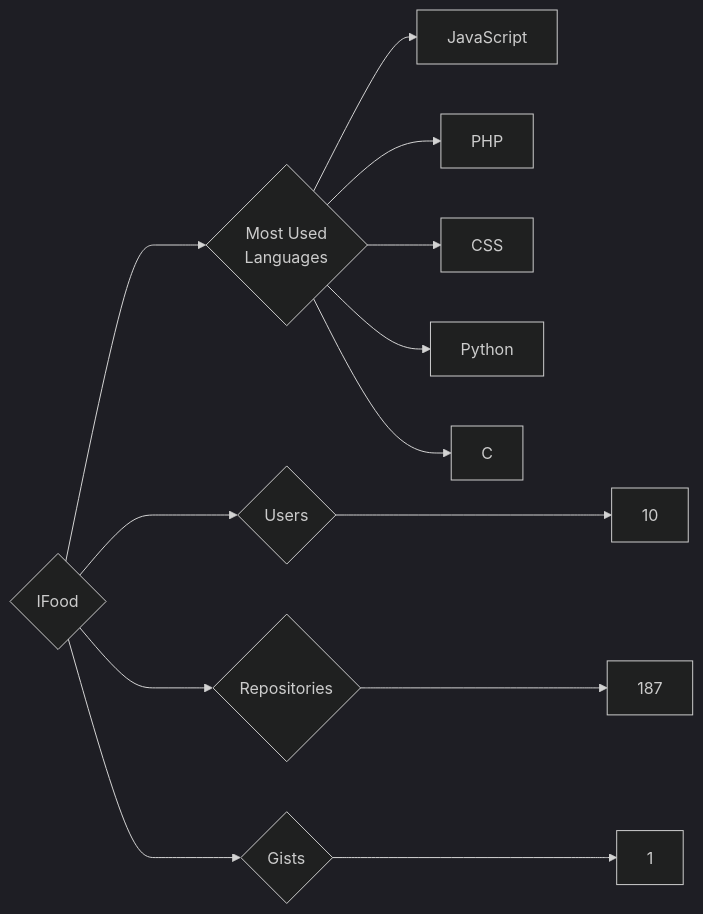
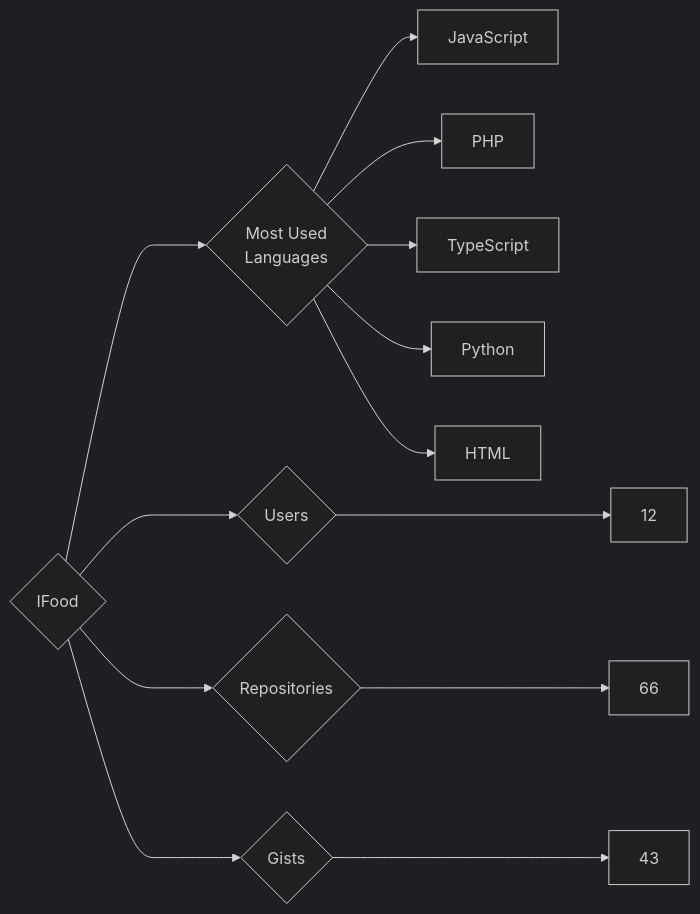
Before and after one commit to trickest/insiders: the diagram in targets/IFood/README.md, drawn with Mermaid (dark theme). The commit also changed 1166 other files, not shown here.

````diff
--- a/targets/IFood/README.md
+++ b/targets/IFood/README.md
@@ -3,13 +3,13 @@
 ```mermaid
 graph LR
 COMPANY_NAME{IFood}
-COMPANY_NAME ---> U{Users} ---> UN[10]
-COMPANY_NAME ---> R{Repositories} ---> RN[187]
-COMPANY_NAME ---> G{Gists} ---> GN[1]
+COMPANY_NAME ---> U{Users} ---> UN[12]
+COMPANY_NAME ---> R{Repositories} ---> RN[66]
+COMPANY_NAME ---> G{Gists} ---> GN[43]
 COMPANY_NAME ---> ML{Most Used<br>Languages}
 ML --> JavaScript[JavaScript]
 ML --> PHP[PHP]
-ML --> CSS[CSS]
+ML --> TypeScript[TypeScript]
 ML --> Python[Python]
-ML --> C[C]
+ML --> HTML[HTML]
 ```
````
